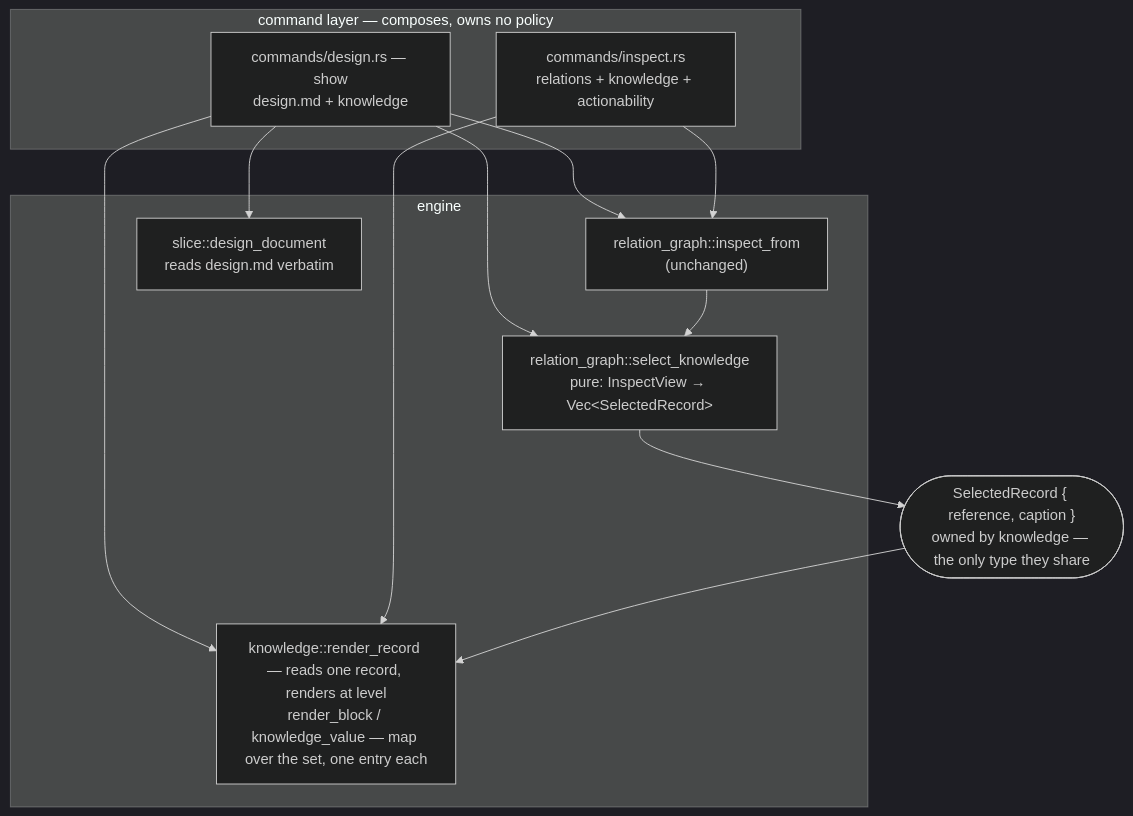
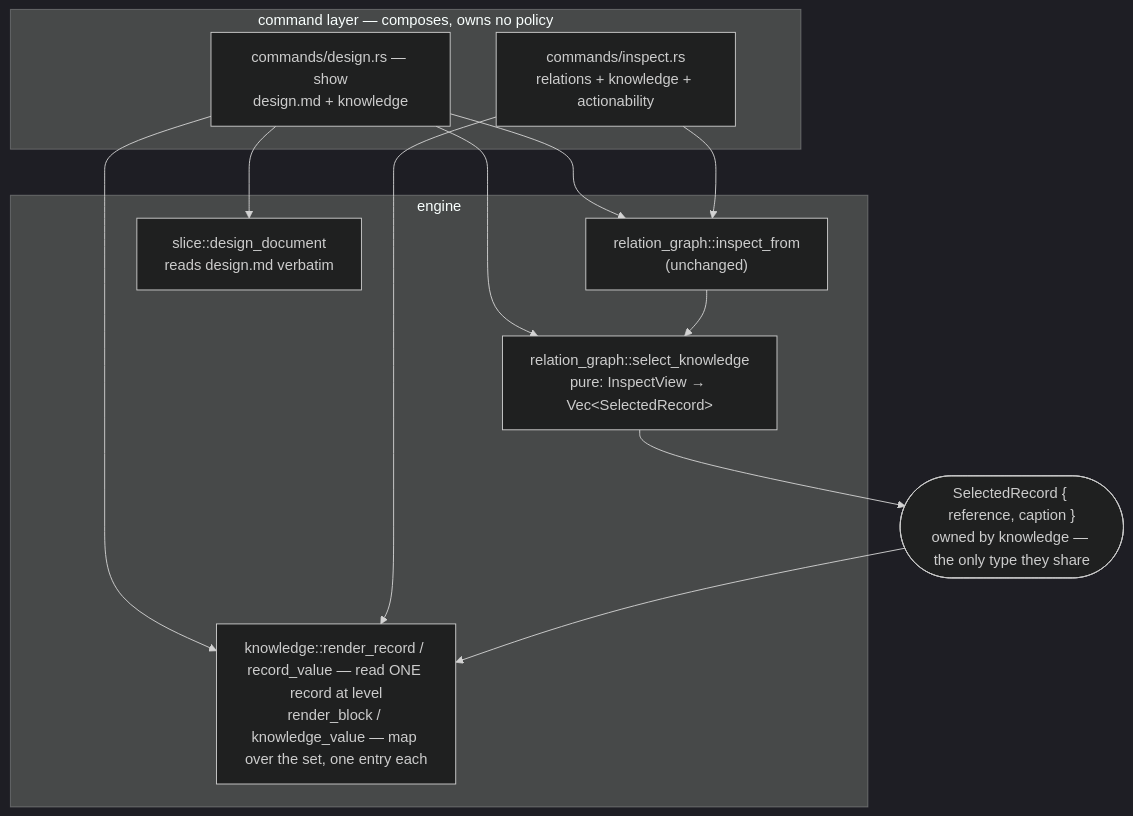
Before and after one commit to davidlee/doctrine: the second of 3 diagrams in .doctrine/slice/246/design.md, drawn with Mermaid (dark theme). The commit also changed other lines of this file and 2 other files, not shown here.

````diff
--- a/.doctrine/slice/246/design.md
+++ b/.doctrine/slice/246/design.md
@@ -543,22 +548,22 @@
 ```mermaid
 flowchart TB
   subgraph cl["command layer — composes, owns no policy"]
     CI["commands/inspect.rs<br/>relations + knowledge + actionability"]
     CSD["commands/design.rs — show<br/>design.md + knowledge"]
   end
   subgraph eng["engine"]
     SEL["relation_graph::select_knowledge<br/>pure: InspectView → Vec&lt;SelectedRecord&gt;"]
-    KR["knowledge::render_record — reads one record, renders at level<br/>render_block / knowledge_value — map over the set, one entry each"]
+    KR["knowledge::render_record / record_value — read ONE record at level<br/>render_block / knowledge_value — map over the set, one entry each"]
     IF["relation_graph::inspect_from<br/>(unchanged)"]
     SD["slice::design_document<br/>reads design.md verbatim"]
   end
   SR(["SelectedRecord { reference, caption }<br/>owned by knowledge — the only type they share"])
 
   CI --> IF --> SEL
   CSD --> SD
   CSD --> IF
   CSD --> SEL
   SEL --> SR --> KR
   CI --> KR
   CSD --> KR
 ```
````
